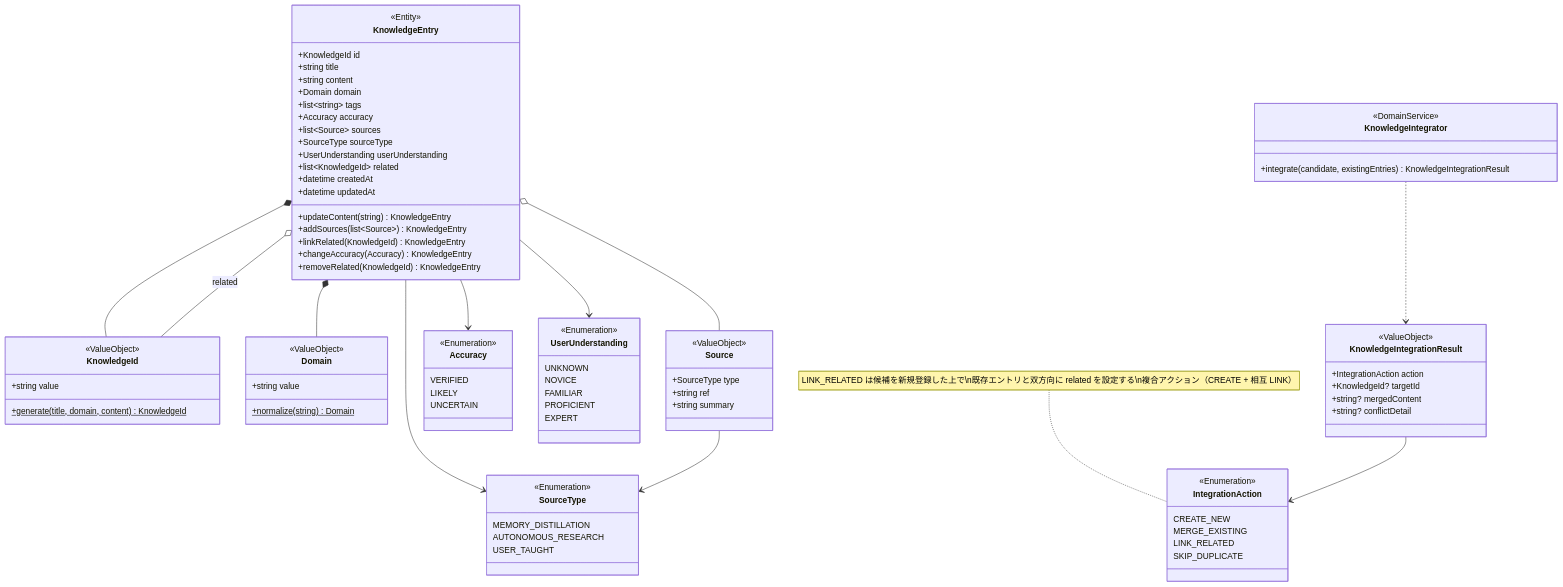
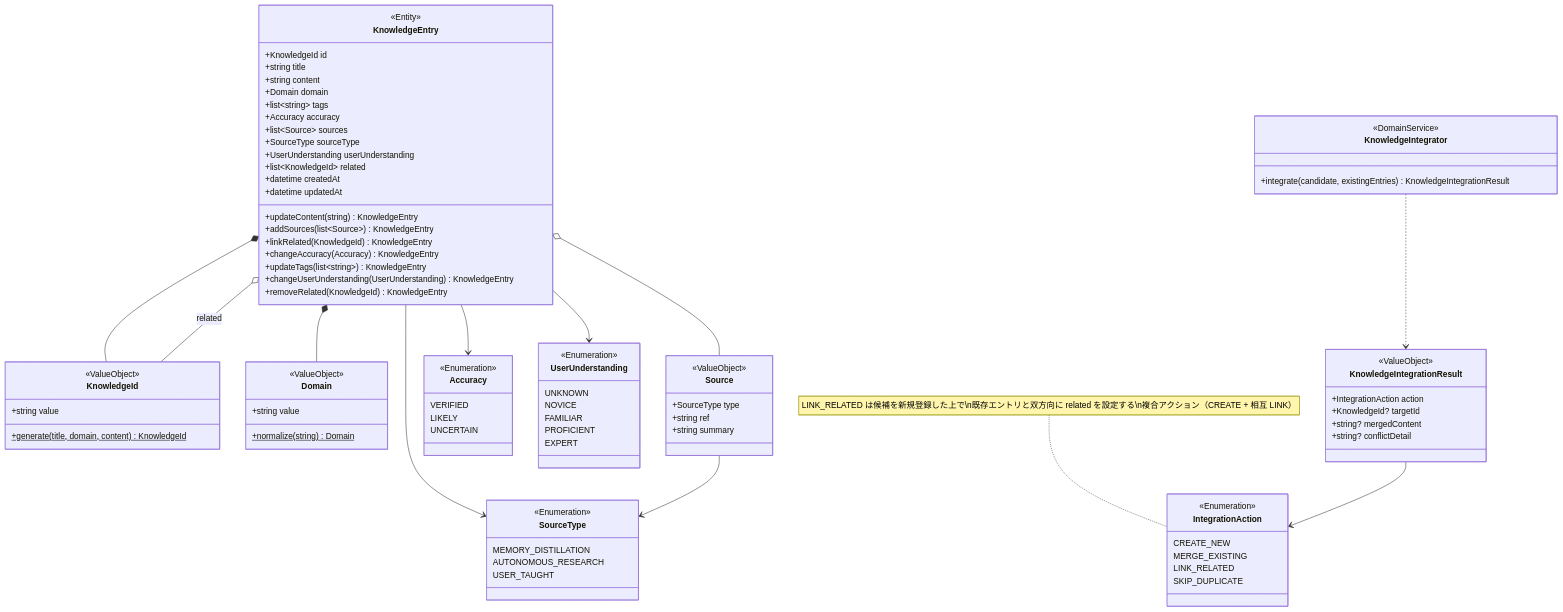
One commit to RK0429/agentic-memory changed the second of 6 diagrams in docs/design/DOMAIN-MODEL-knowledge-values.md. Above: the diagram before and after it, drawn with Mermaid. The commit also changed other lines of this file and 2 other files, not shown here.

Commit message:
docs: resolve Knowledge/Values review findings

```diff
--- a/docs/design/DOMAIN-MODEL-knowledge-values.md
+++ b/docs/design/DOMAIN-MODEL-knowledge-values.md
@@ -91,6 +91,8 @@
         +addSources(list~Source~) KnowledgeEntry
         +linkRelated(KnowledgeId) KnowledgeEntry
         +changeAccuracy(Accuracy) KnowledgeEntry
+        +updateTags(list~string~) KnowledgeEntry
+        +changeUserUnderstanding(UserUnderstanding) KnowledgeEntry
         +removeRelated(KnowledgeId) KnowledgeEntry
     }
 
```
